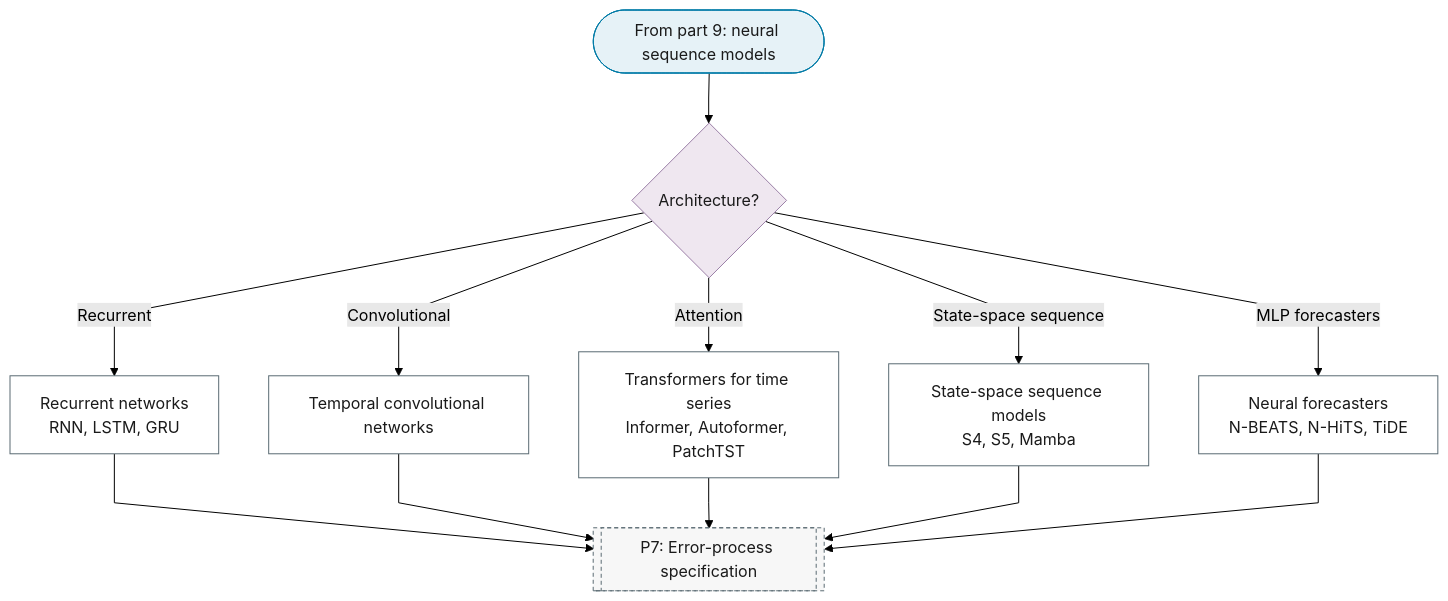
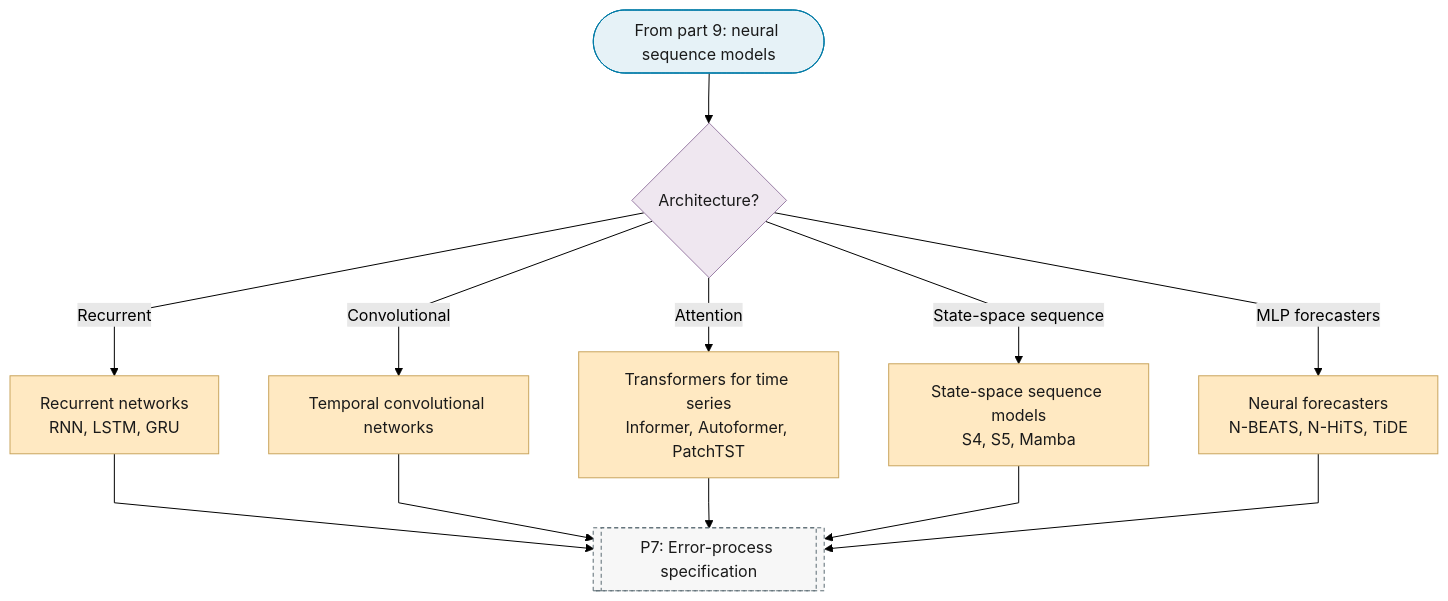
One commit to Shuxin-Y/time-series-analysis-manual changed the tenth of 10 diagrams in docs/01-workflow/p06-mean-model-class.md. Above: the diagram before and after it, drawn with Mermaid (forest theme). The commit also changed other lines of this file and 1 other file, not shown here.

First line of the commit message:
style(flowchart): P6 model and P8 estimator leaves keep the escalate outcome class

````diff
--- a/docs/01-workflow/p06-mean-model-class.md
+++ b/docs/01-workflow/p06-mean-model-class.md
@@ -269,23 +270,23 @@
 ```mermaid
 %%{init: {"flowchart": {"curve": "linear"}}}%%
 graph TD
     P6_PART_10_IN(["From part 9: neural sequence models"]) --> P6_ML_NEURAL{"Architecture?"}
     P6_ML_NEURAL -->|"Recurrent"| P6_RNN["Recurrent networks<br/>RNN, LSTM, GRU"]
     P6_ML_NEURAL -->|"Convolutional"| P6_TCN["Temporal convolutional networks"]
     P6_ML_NEURAL -->|"Attention"| P6_TRANSFORMERS["Transformers for time series<br/>Informer, Autoformer, PatchTST"]
     P6_ML_NEURAL -->|"State-space sequence"| P6_SSM_SEQUENCE["State-space sequence models<br/>S4, S5, Mamba"]
     P6_ML_NEURAL -->|"MLP forecasters"| P6_NEURAL_FORECASTERS["Neural forecasters<br/>N-BEATS, N-HiTS, TiDE"]
     P6_RNN & P6_TCN & P6_TRANSFORMERS & P6_SSM_SEQUENCE & P6_NEURAL_FORECASTERS --> P7[["P7: Error-process specification"]]
+    class P6_RNN,P6_TCN,P6_TRANSFORMERS,P6_SSM_SEQUENCE,P6_NEURAL_FORECASTERS escalate
     class P6_PART_10_IN terminator
     class P6_ML_NEURAL decision
-    class P6_RNN,P6_TCN,P6_TRANSFORMERS,P6_SSM_SEQUENCE,P6_NEURAL_FORECASTERS process
     class P7 ref
     classDef terminator fill:#E6F2F7,stroke:#007BA7,color:#1A1A1A;
     classDef process fill:#FFFFFF,stroke:#5A6B73,color:#1A1A1A;
     classDef decision fill:#EFE7F0,stroke:#9B7FA7,color:#1A1A1A;
     classDef data fill:#FFF4E0,stroke:#C9A55E,color:#1A1A1A;
     classDef good fill:#DCEFD8,stroke:#4A7A3F,color:#1A1A1A;
     classDef escalate fill:#FFE9C2,stroke:#C9A55E,color:#1A1A1A;
     classDef problem fill:#F2D9DE,stroke:#800020,color:#1A1A1A;
     classDef ref fill:#F7F7F7,stroke:#5A6B73,color:#1A1A1A,stroke-dasharray:4 3;
 ```
````
